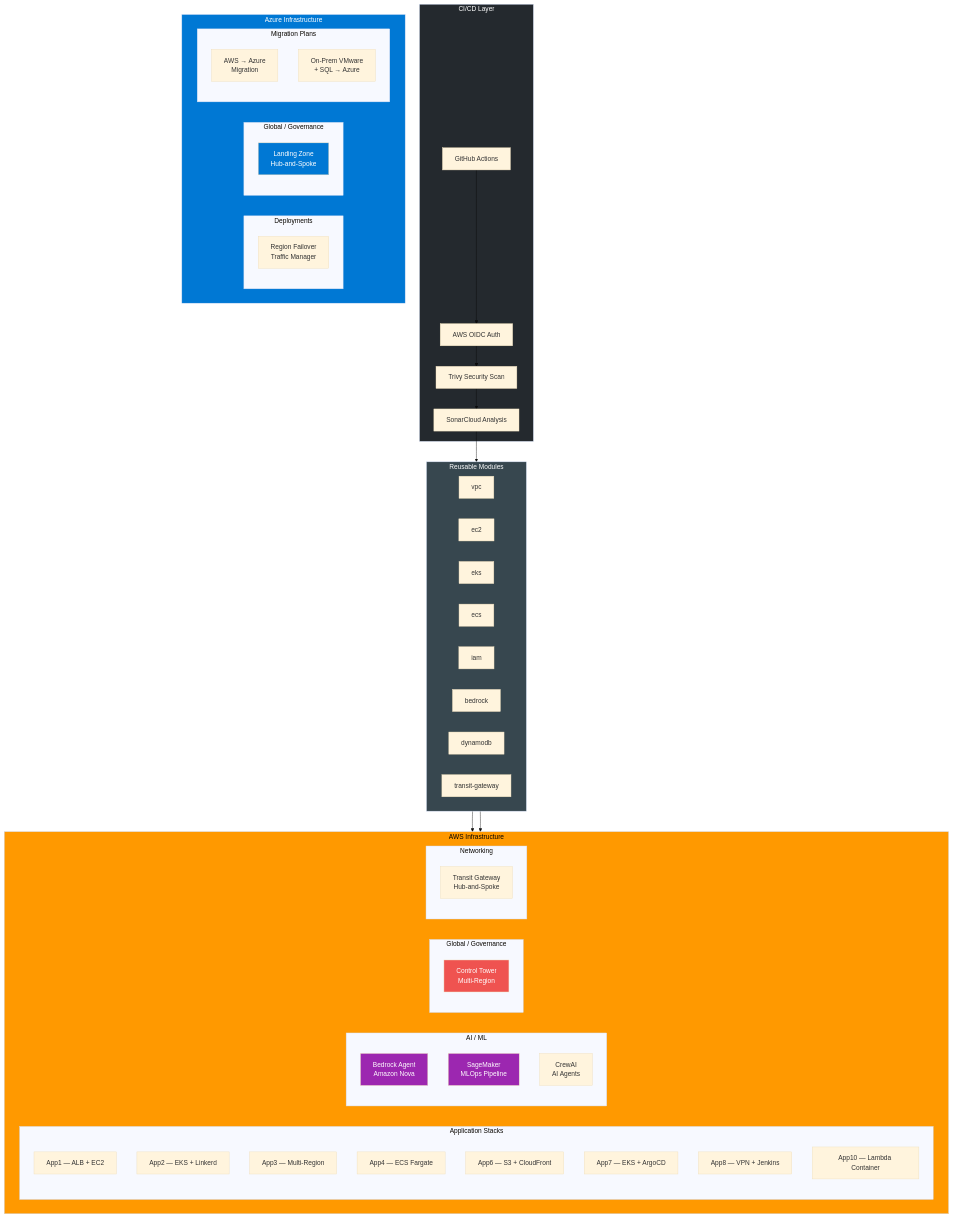
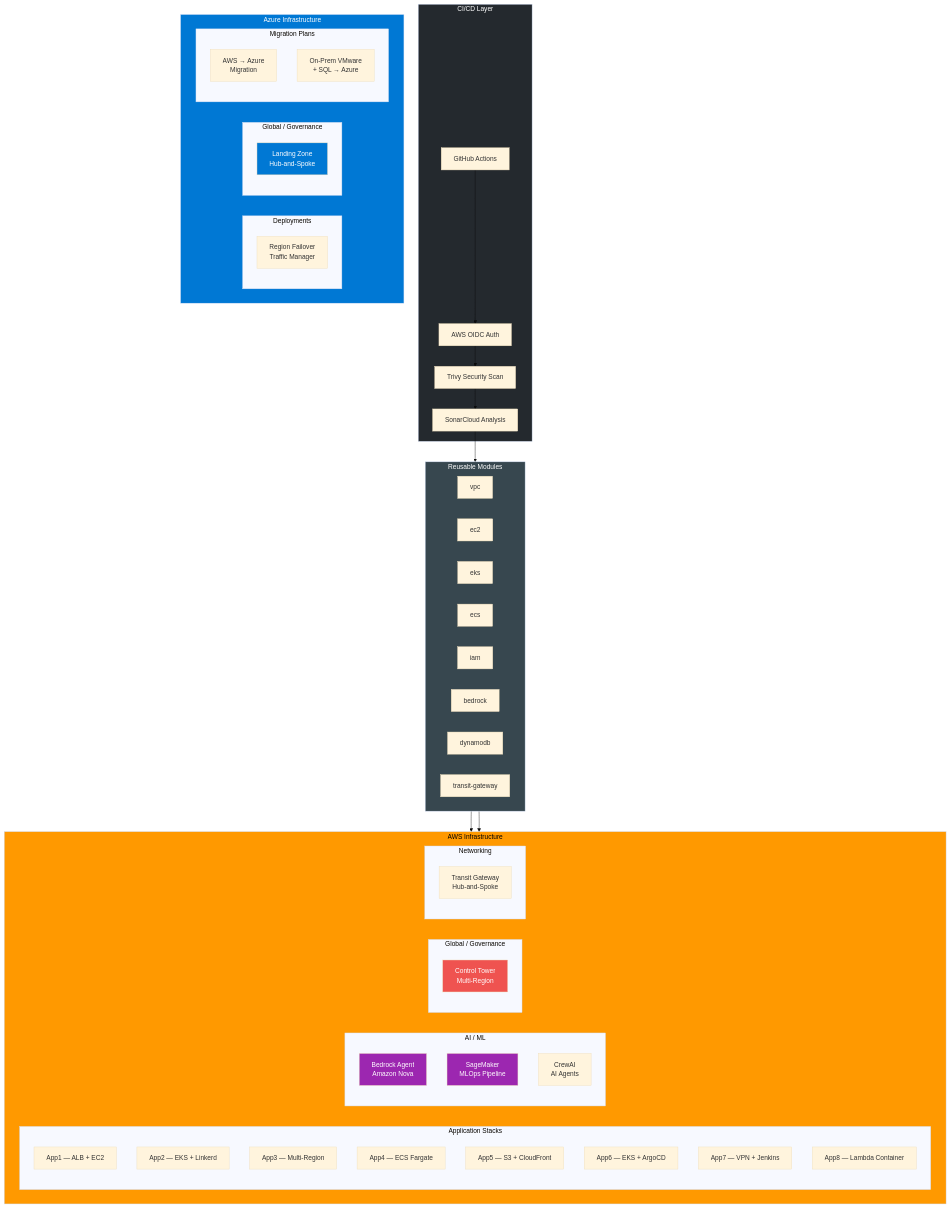
Before and after one commit to vegatros/repo1: the first of 5 diagrams in README.md, drawn with Mermaid (base theme). The commit also changed other lines of this file and 10 other files, not shown here.

````diff
--- a/README.md
+++ b/README.md
@@ -9,72 +9,72 @@
 ```mermaid
 graph TB
     subgraph CICD ["CI/CD Layer"]
         GH[GitHub Actions]
         OIDC[AWS OIDC Auth]
         Trivy[Trivy Security Scan]
         Sonar[SonarCloud Analysis]
     end
 
     subgraph AWS ["AWS Infrastructure"]
         direction LR
         subgraph AWSStacks ["Application Stacks"]
             APP1["App1 — ALB + EC2"]
             APP2["App2 — EKS + Linkerd"]
             APP3["App3 — Multi-Region"]
             APP4["App4 — ECS Fargate"]
-            APP6["App6 — S3 + CloudFront"]
-            APP7["App7 — EKS + ArgoCD"]
-            APP8["App8 — VPN + Jenkins"]
-            APP10["App10 — Lambda Container"]
+            APP5["App5 — S3 + CloudFront"]
+            APP6["App6 — EKS + ArgoCD"]
+            APP7["App7 — VPN + Jenkins"]
+            APP8["App8 — Lambda Container"]
         end
         subgraph AWSAI ["AI / ML"]
             BEDROCK["Bedrock Agent\nAmazon Nova"]
             SAGEMAKER["SageMaker\nMLOps Pipeline"]
             CREW["CrewAI\nAI Agents"]
         end
         subgraph AWSGlobal ["Global / Governance"]
             CT["Control Tower\nMulti-Region"]
         end
         subgraph AWSNet ["Networking"]
             TGW["Transit Gateway\nHub-and-Spoke"]
         end
     end
 
     subgraph Azure ["Azure Infrastructure"]
         direction LR
         subgraph AzureStacks ["Deployments"]
             AZRF["Region Failover\nTraffic Manager"]
         end
         subgraph AzureGlobal ["Global / Governance"]
             ALZ["Landing Zone\nHub-and-Spoke"]
         end
         subgraph AzureMigrate ["Migration Plans"]
             AWSMIG["AWS → Azure\nMigration"]
             ONPMIG["On-Prem VMware\n+ SQL → Azure"]
         end
     end
 
     subgraph Modules ["Reusable Modules"]
         MVPC[vpc] 
         MEC2[ec2]
         MEKS[eks]
         MECS[ecs]
         MIAM[iam]
         MBRK[bedrock]
         MDDB[dynamodb]
         MTGW[transit-gateway]
     end
 
     GH --> OIDC --> Trivy --> Sonar
     Sonar --> Modules
     Modules --> AWSStacks & AWSAI
 
     style CICD fill:#24292e,color:#fff
     style AWS fill:#ff9900,color:#000
     style Azure fill:#0078d4,color:#fff
     style Modules fill:#37474f,color:#fff
     style BEDROCK fill:#9c27b0,color:#fff
     style SAGEMAKER fill:#9c27b0,color:#fff
     style CT fill:#ef5350,color:#fff
     style ALZ fill:#0078d4,color:#fff
 ```
````
